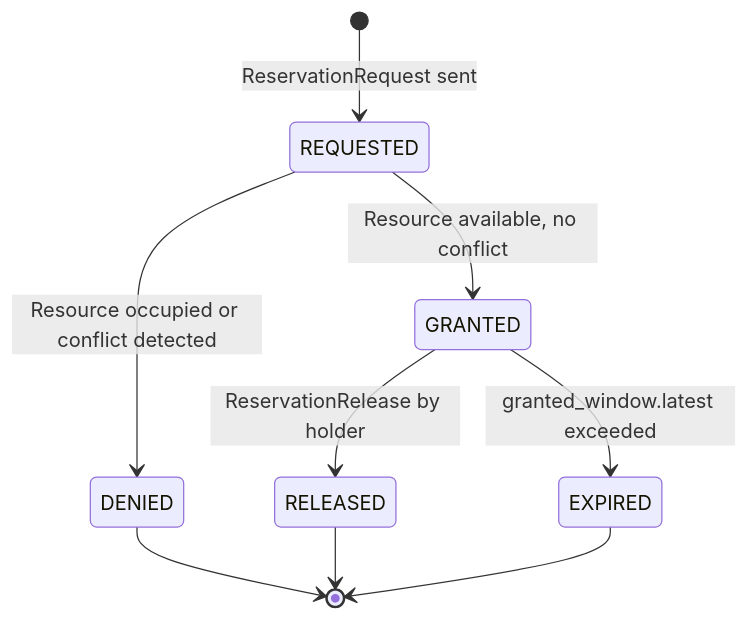
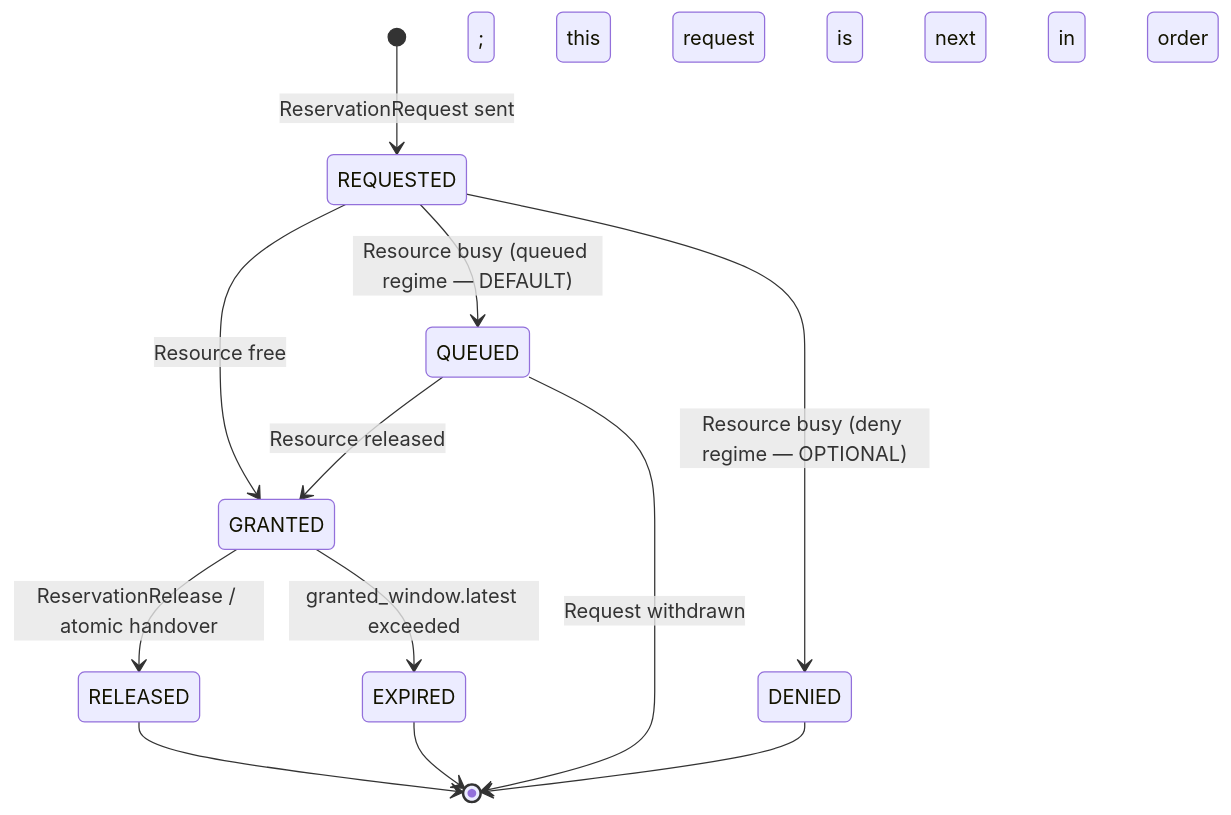
One commit to cooperative-agent-protocol/cap-spec changed the third of 5 diagrams in docs/specification/ch06-state-machines.md. Above: the diagram before and after it, drawn with Mermaid. The commit also changed other lines of this file and 5 other files, not shown here.

````diff
--- a/docs/specification/ch06-state-machines.md
+++ b/docs/specification/ch06-state-machines.md
@@ -186,14 +186,18 @@
 ```mermaid
 stateDiagram-v2
     [*] --> REQUESTED : ReservationRequest sent
 
-    REQUESTED --> GRANTED : Resource available, no conflict
-    REQUESTED --> DENIED  : Resource occupied or conflict detected
+    REQUESTED --> GRANTED : Resource free
+    REQUESTED --> QUEUED  : Resource busy (queued regime — DEFAULT)
+    REQUESTED --> DENIED  : Resource busy (deny regime — OPTIONAL)
 
-    GRANTED --> RELEASED : ReservationRelease by holder
+    QUEUED --> GRANTED : Resource released; this request is next in order
+    QUEUED --> [*]     : Request withdrawn
+
+    GRANTED --> RELEASED : ReservationRelease / atomic handover
     GRANTED --> EXPIRED  : granted_window.latest exceeded
 
     DENIED  --> [*]
     RELEASED --> [*]
     EXPIRED  --> [*]
 ```
````
